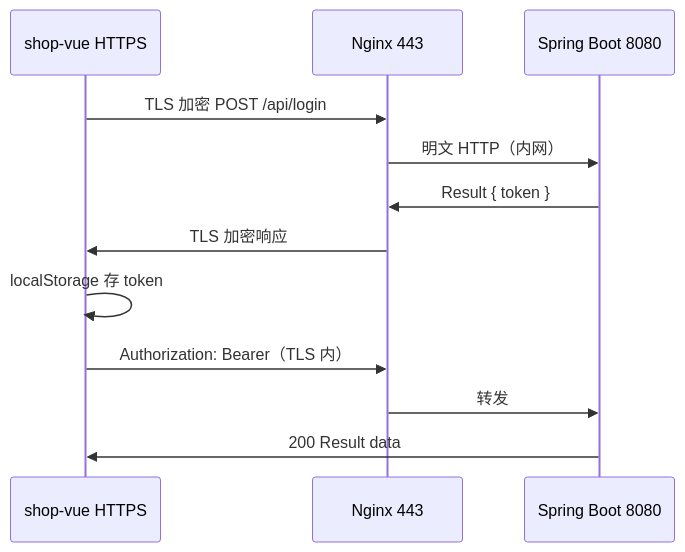
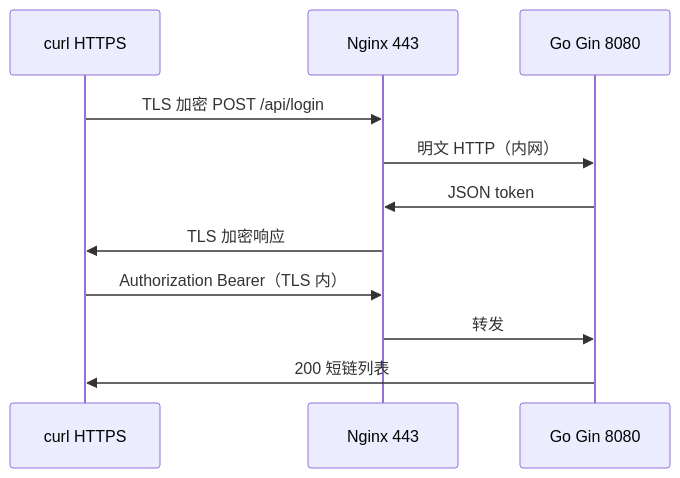
The ninth of 9 diagrams in 前端学习/计算机网络/05-HTTPS与TLS加密.md (moqix26/study), drawn with Mermaid before and after one commit. The commit also changed other lines of this file and 10 other files, not shown here.

````diff
--- a/前端学习/计算机网络/05-HTTPS与TLS加密.md
+++ b/前端学习/计算机网络/05-HTTPS与TLS加密.md
@@ -656,14 +798,13 @@
 ```mermaid
 sequenceDiagram
-    participant V as shop-vue HTTPS
+    participant C as curl HTTPS
     participant N as Nginx 443
-    participant J as Spring Boot 8080
-    V->>N: TLS 加密 POST /api/login
-    N->>J: 明文 HTTP（内网）
-    J->>N: Result { token }
-    N->>V: TLS 加密响应
-    V->>V: localStorage 存 token
-    V->>N: Authorization: Bearer（TLS 内）
-    N->>J: 转发
-    J->>V: 200 Result data
+    participant G as Go Gin 8080
+    C->>N: TLS 加密 POST /api/login
+    N->>G: 明文 HTTP（内网）
+    G->>N: JSON token
+    N->>C: TLS 加密响应
+    C->>N: Authorization Bearer（TLS 内）
+    N->>G: 转发
+    G->>C: 200 短链列表
 ```
````
